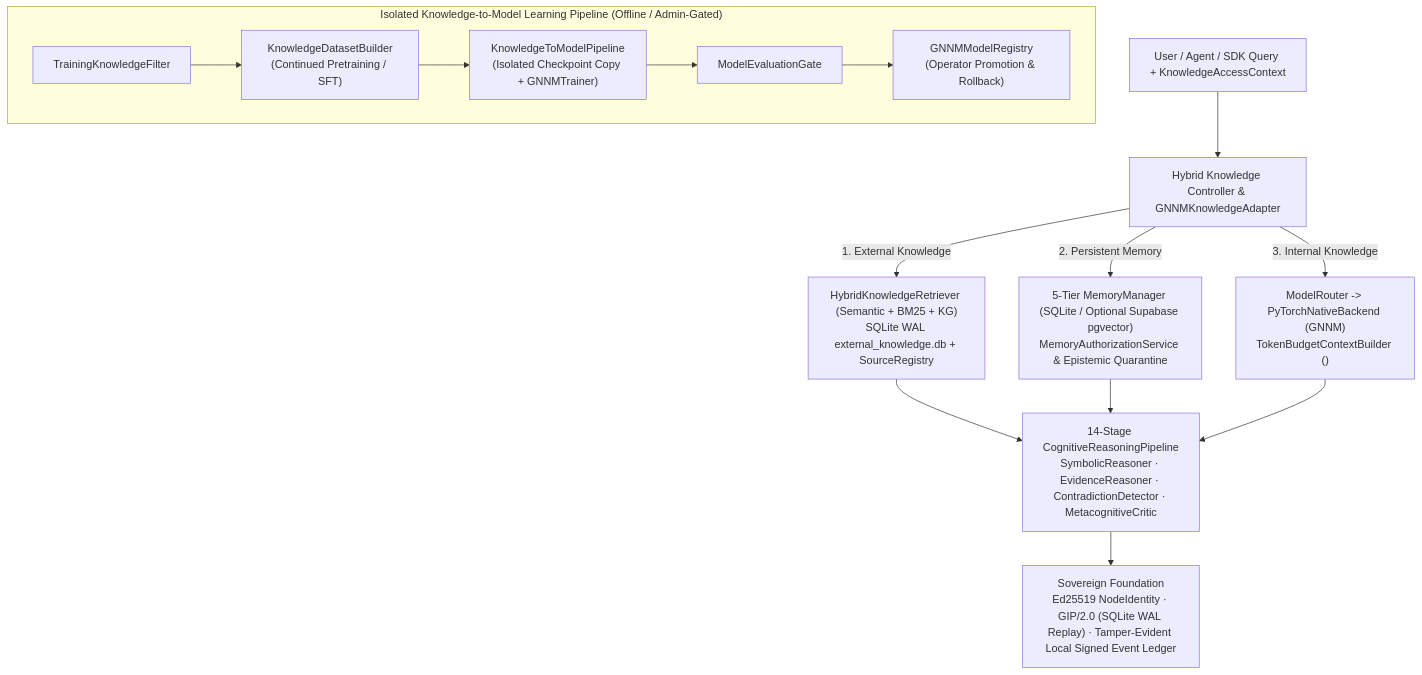
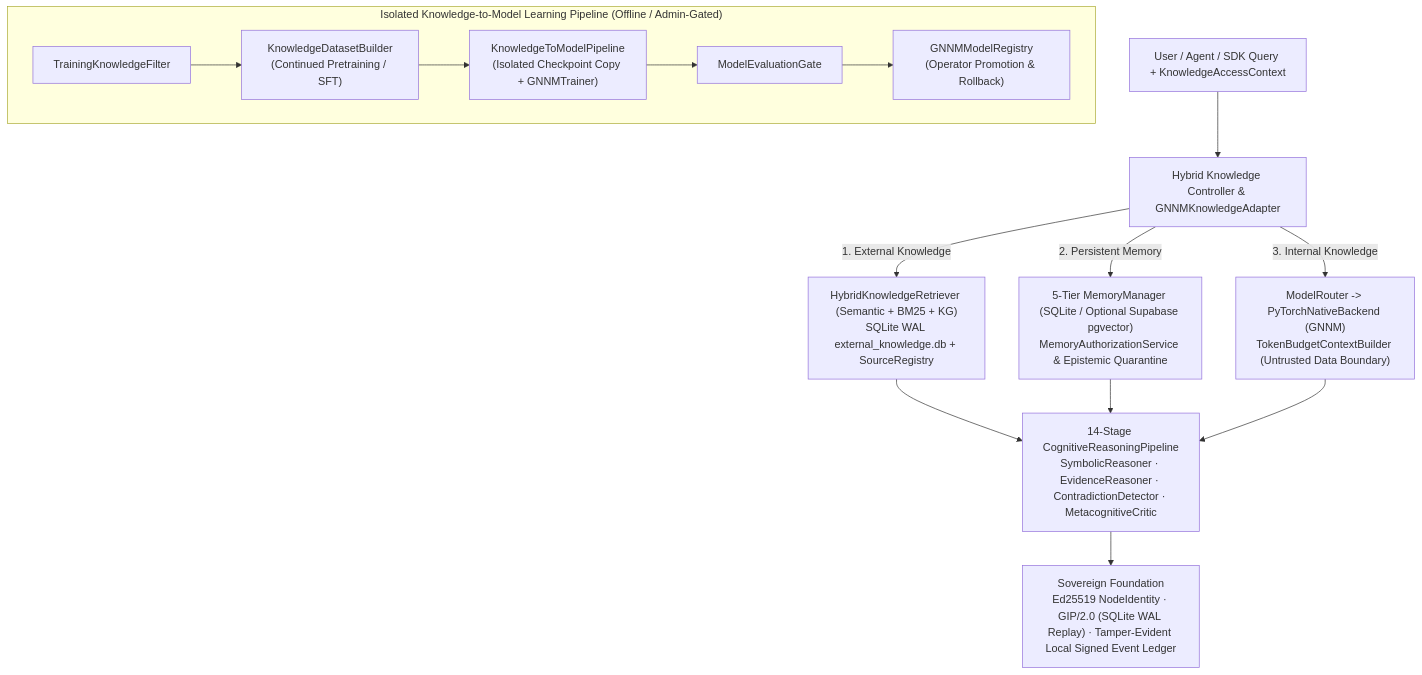
The first of 5 diagrams in README.md (hoed/gajahmada-ai), drawn with Mermaid before and after one commit. The commit also changed other lines of this file, not shown here.

````diff
--- a/README.md
+++ b/README.md
@@ -74,18 +74,18 @@
 ```mermaid
 flowchart TD
     Q["User / Agent / SDK Query + KnowledgeAccessContext"] --> HKC["Hybrid Knowledge Controller & GNNMKnowledgeAdapter"]
 
     HKC -->|"1. External Knowledge"| EXT["HybridKnowledgeRetriever (Semantic + BM25 + KG)<br/>SQLite WAL external_knowledge.db + SourceRegistry"]
     HKC -->|"2. Persistent Memory"| MEM["5-Tier MemoryManager (SQLite / Optional Supabase pgvector)<br/>MemoryAuthorizationService & Epistemic Quarantine"]
-    HKC -->|"3. Internal Knowledge"| INT["ModelRouter -> PyTorchNativeBackend (GNNM)<br/>TokenBudgetContextBuilder (<untrusted_retrieved_data>)"]
+    HKC -->|"3. Internal Knowledge"| INT["ModelRouter -> PyTorchNativeBackend (GNNM)<br/>TokenBudgetContextBuilder (Untrusted Data Boundary)"]
 
     EXT & MEM & INT --> COG["14-Stage CognitiveReasoningPipeline<br/>SymbolicReasoner · EvidenceReasoner · ContradictionDetector · MetacognitiveCritic"]
 
     subgraph ISOLATED["Isolated Knowledge-to-Model Learning Pipeline (Offline / Admin-Gated)"]
         FILT["TrainingKnowledgeFilter"] --> DSB["KnowledgeDatasetBuilder<br/>(Continued Pretraining / SFT)"]
         DSB --> TRN["KnowledgeToModelPipeline<br/>(Isolated Checkpoint Copy + GNNMTrainer)"]
         TRN --> GATE["ModelEvaluationGate"] --> REG["GNNMModelRegistry<br/>(Operator Promotion & Rollback)"]
     end
 
     COG --> SEC["Sovereign Foundation<br/>Ed25519 NodeIdentity · GIP/2.0 (SQLite WAL Replay) · Tamper-Evident Local Signed Event Ledger"]
 ```
````
